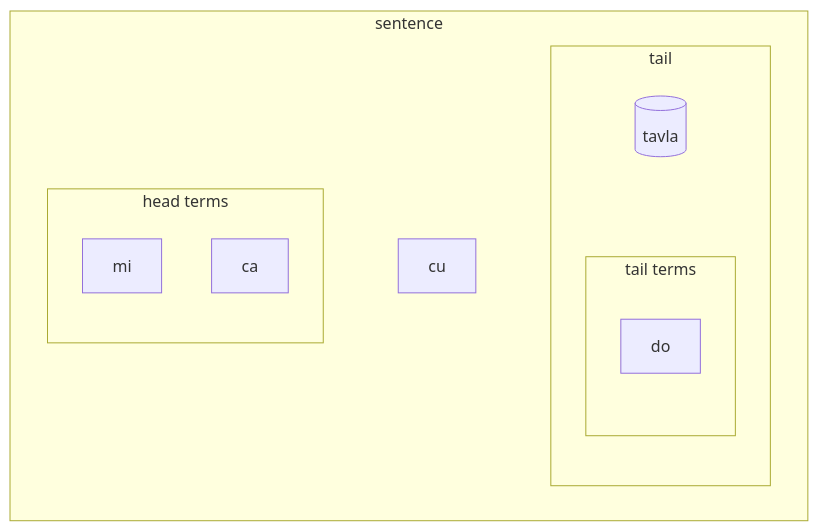
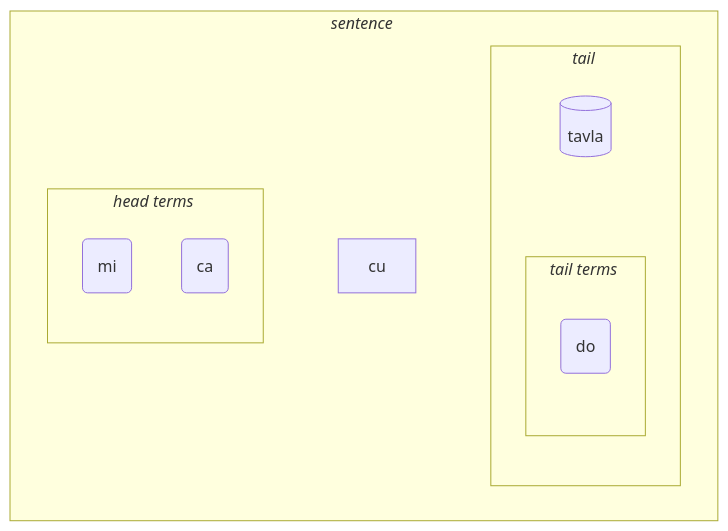
One commit to La-Lojban/lojban.pw changed the first of 3 diagrams in data/pages/books/learn-lojban.md. Above: the diagram before and after it, drawn with Mermaid. The commit also changed other lines of this file, not shown here.

````diff
--- a/data/pages/books/learn-lojban.md
+++ b/data/pages/books/learn-lojban.md
@@ -177,31 +177,31 @@
 ```mermaid
 flowchart LR
     %% common structure:
-    subgraph sentence
+    subgraph sentence["<i>sentence</i>#nbsp;"]
         direction LR
         head-terms
         cu
         tail
     end
     head-terms ~~~ cu ~~~ tail
-    subgraph tail["tail"]
+    subgraph tail["<i>tail</i>#nbsp;"]
         %% direction LR
         selbri ~~~ tail-terms
     end
     %%  semi-automated
-    subgraph head-terms["head terms"]
+    subgraph head-terms["<i>head terms</i>#nbsp;"]
         t1
         t2
     end
-    subgraph tail-terms["tail terms"]
+    subgraph tail-terms["<i>tail terms</i>#nbsp;"]
         tt3
         %% tt4
     end
     %%todo: automatically link all terms to selbri
 
-    t1[mi]
-    t2[ca]
+    t1(mi)
+    t2(ca)
     selbri[(tavla)]
-    tt3[do]
+    tt3(do)
     %% tt4["la .lojban."]
 ```
````
